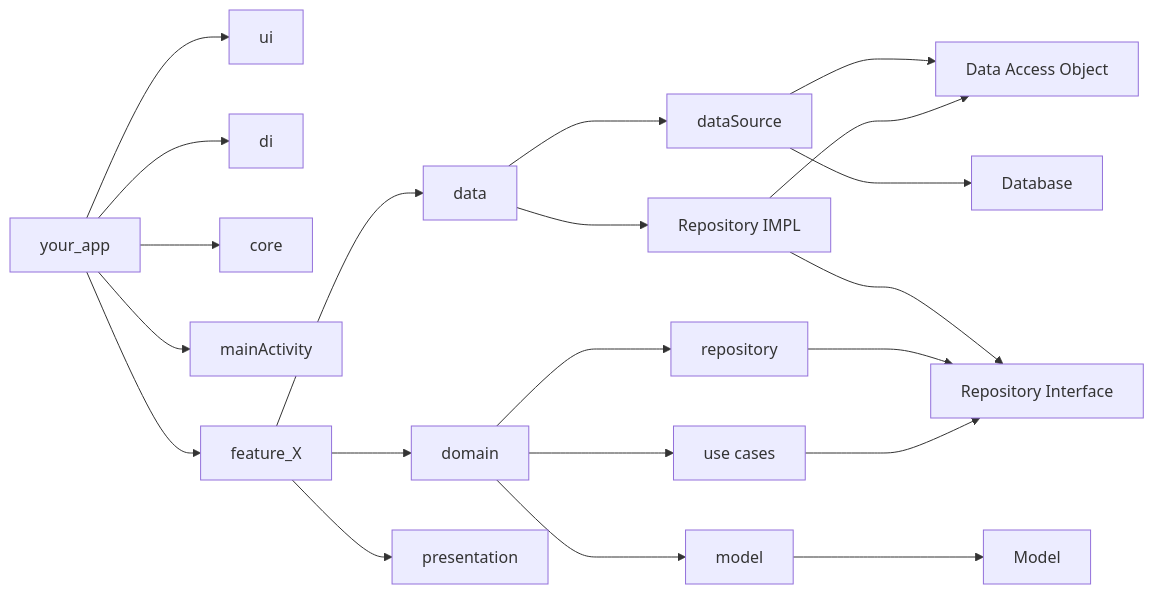
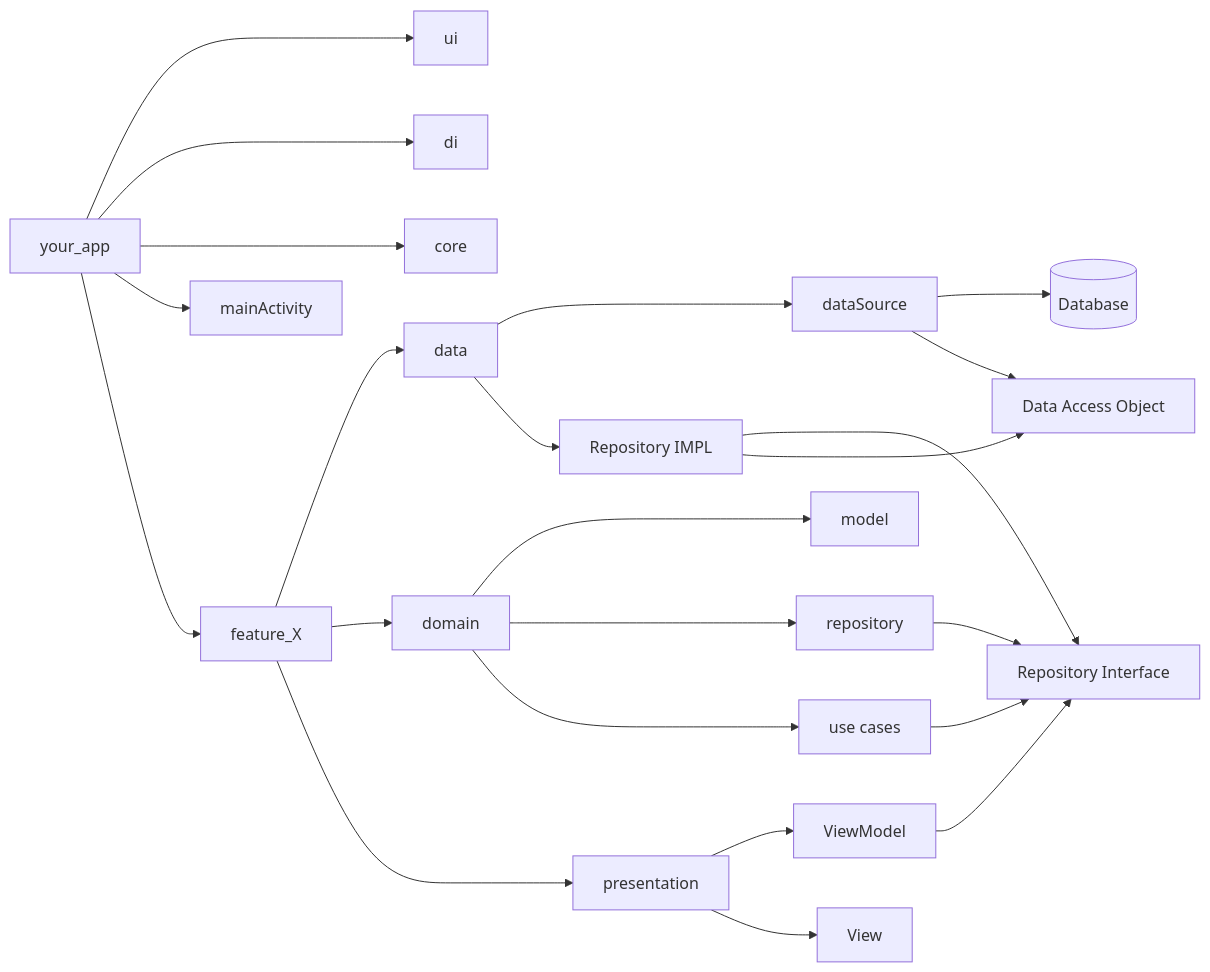
Before and after one commit to FeernandoOFF/obsidian-garden: the diagram in src/site/notes/Zettelkasten/Clean Architecture.md, drawn with Mermaid. The commit also changed other lines of this file, not shown here.

Commit message:
Update content src/site/notes/Zettelkasten/Clean Architecture.md

````diff
--- a/src/site/notes/Zettelkasten/Clean Architecture.md
+++ b/src/site/notes/Zettelkasten/Clean Architecture.md
@@ -46,31 +62,32 @@
 ```mermaid
 graph LR
-    C["your_app"] --> ui 
-    C["your_app"] --> di
-    C["your_app"] --> core
+    C["your_app"] ---> ui 
+    C["your_app"] ---> di
+    C["your_app"] ---> core
     C --> mainActivity
     C --> appFeature["feature_X"]
     
-    appFeature--> dataLayer["data"]
-    appFeature--> domainLayer["domain"]
-    appFeature--> presentationLayer["presentation"]
+    appFeature --> dataLayer["data"]
+    appFeature --> domainLayer["domain"]
+    appFeature ---> presentationLayer["presentation"]
 
-	dataLayer---> dataSource 
-	dataLayer---> dataRepositoryIMP["Repository IMPL"] 
+	dataLayer--> dataSource 
+	dataLayer--> dataRepositoryIMP["Repository IMPL"] 
  
-	dataSource ---> dataDAO["Data Access Object"] 
-	dataSource ---> Database
+	dataSource --> Database[(Database)]
+	dataSource --> dataDAO["Data Access Object"] 
 
 
 	dataRepositoryIMP---> domainRep
 	dataRepositoryIMP---> dataDAO
 
 	domainLayer ---> domainModel["model"]
 	domainLayer ---> domainRepository["repository"]
 	domainLayer---> domainUseCases["use cases"]
 
-	domainModel ---> Model
-	domainRepository ---> domainRep["Repository Interface"]
-	domainUseCases ---> domainRep
-
+	domainRepository --> domainRep["Repository Interface"]
+	domainUseCases --> domainRep
+ 
+	presentationLayer --> ViewModel --> domainRep
+	presentationLayer --> View
 ```
````
